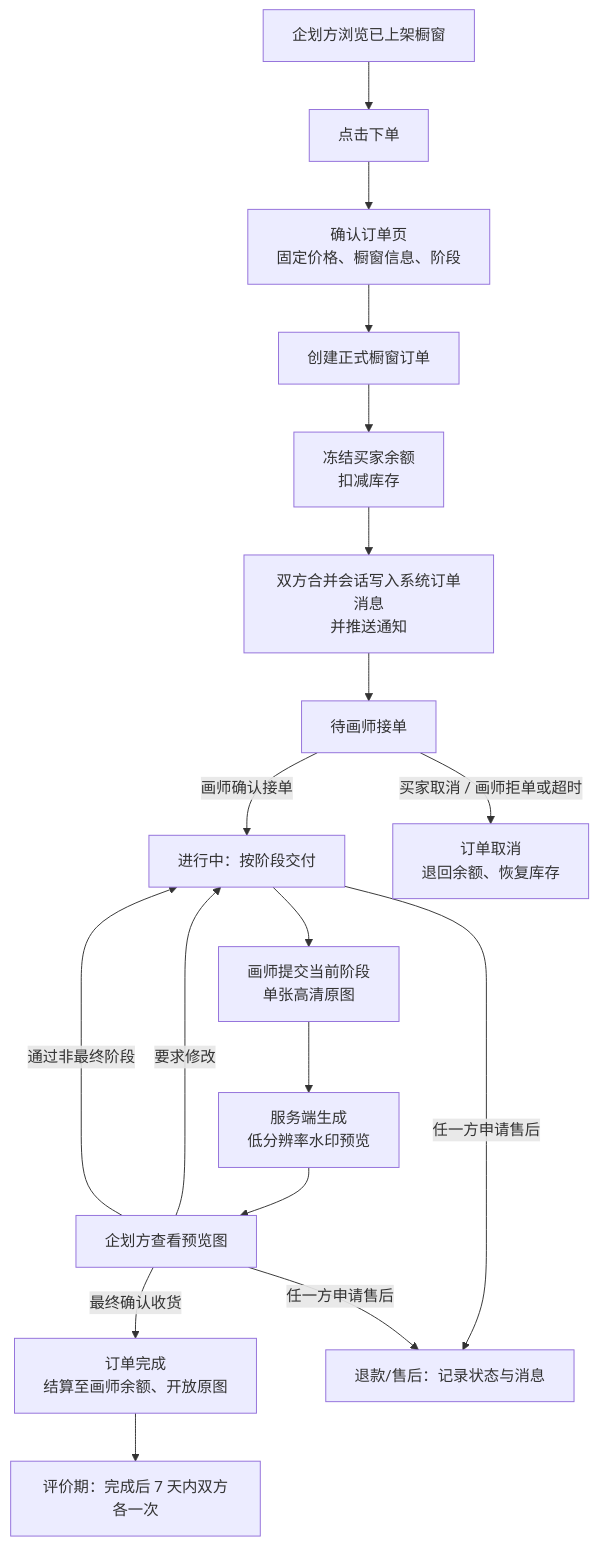
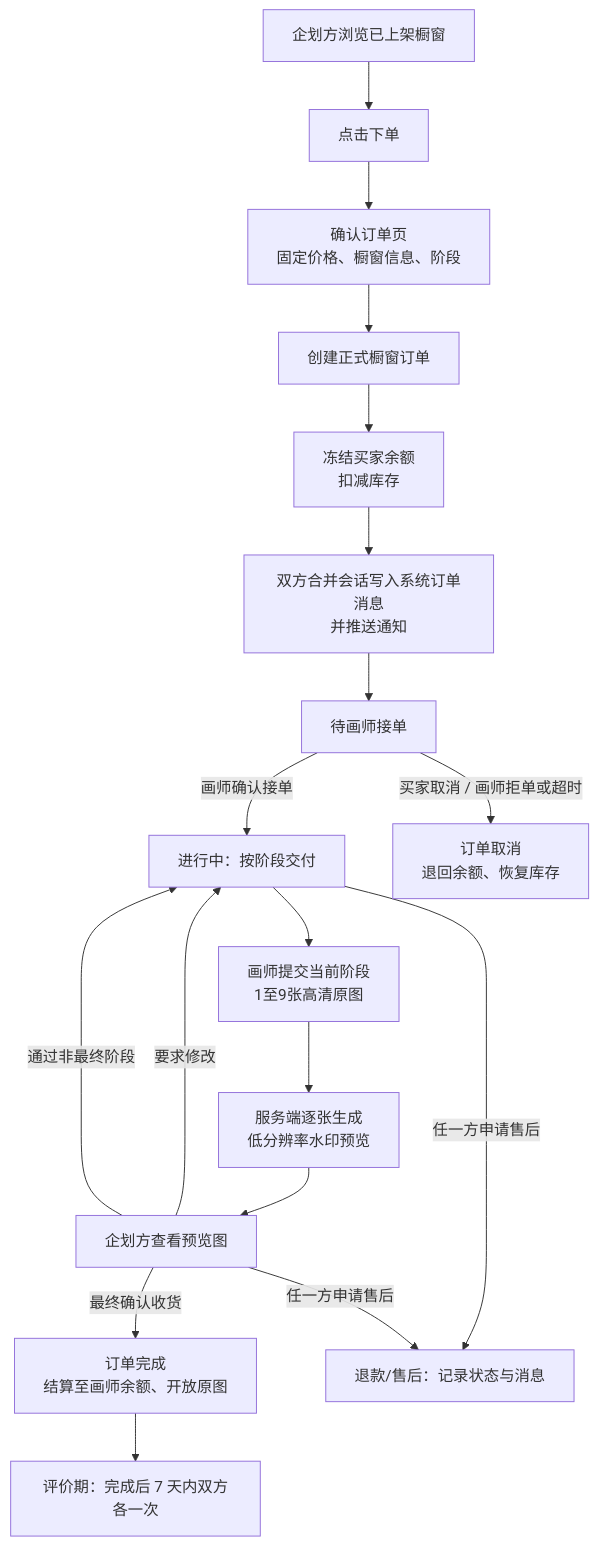
Before and after one commit to shizunana/Artiv: the first of 2 diagrams in docs/功能流程/橱窗订单交易流程.md, drawn with Mermaid. The commit also changed other lines of this file and 19 other files, not shown here.

Commit message:
feat: 支持订单多图交付与工作台订单分流

````diff
--- a/docs/功能流程/橱窗订单交易流程.md
+++ b/docs/功能流程/橱窗订单交易流程.md
@@ -84,21 +84,21 @@
 ```mermaid
 flowchart TD
   A[企划方浏览已上架橱窗] --> B[点击下单]
   B --> C[确认订单页\n固定价格、橱窗信息、阶段]
   C --> D[创建正式橱窗订单]
   D --> E[冻结买家余额\n扣减库存]
   E --> F[双方合并会话写入系统订单消息\n并推送通知]
   F --> G[待画师接单]
 
   G -->|画师确认接单| H[进行中：按阶段交付]
   G -->|买家取消 / 画师拒单或超时| X[订单取消\n退回余额、恢复库存]
-  H --> I[画师提交当前阶段\n单张高清原图]
-  I --> I1[服务端生成\n低分辨率水印预览]
+  H --> I[画师提交当前阶段\n1至9张高清原图]
+  I --> I1[服务端逐张生成\n低分辨率水印预览]
   I1 --> J[企划方查看预览图]
   J -->|要求修改| H
   J -->|通过非最终阶段| H
   J -->|最终确认收货| K[订单完成\n结算至画师余额、开放原图]
   K --> L[评价期：完成后 7 天内双方各一次]
   H -->|任一方申请售后| N[退款/售后：记录状态与消息]
   J -->|任一方申请售后| N
 ```
````
